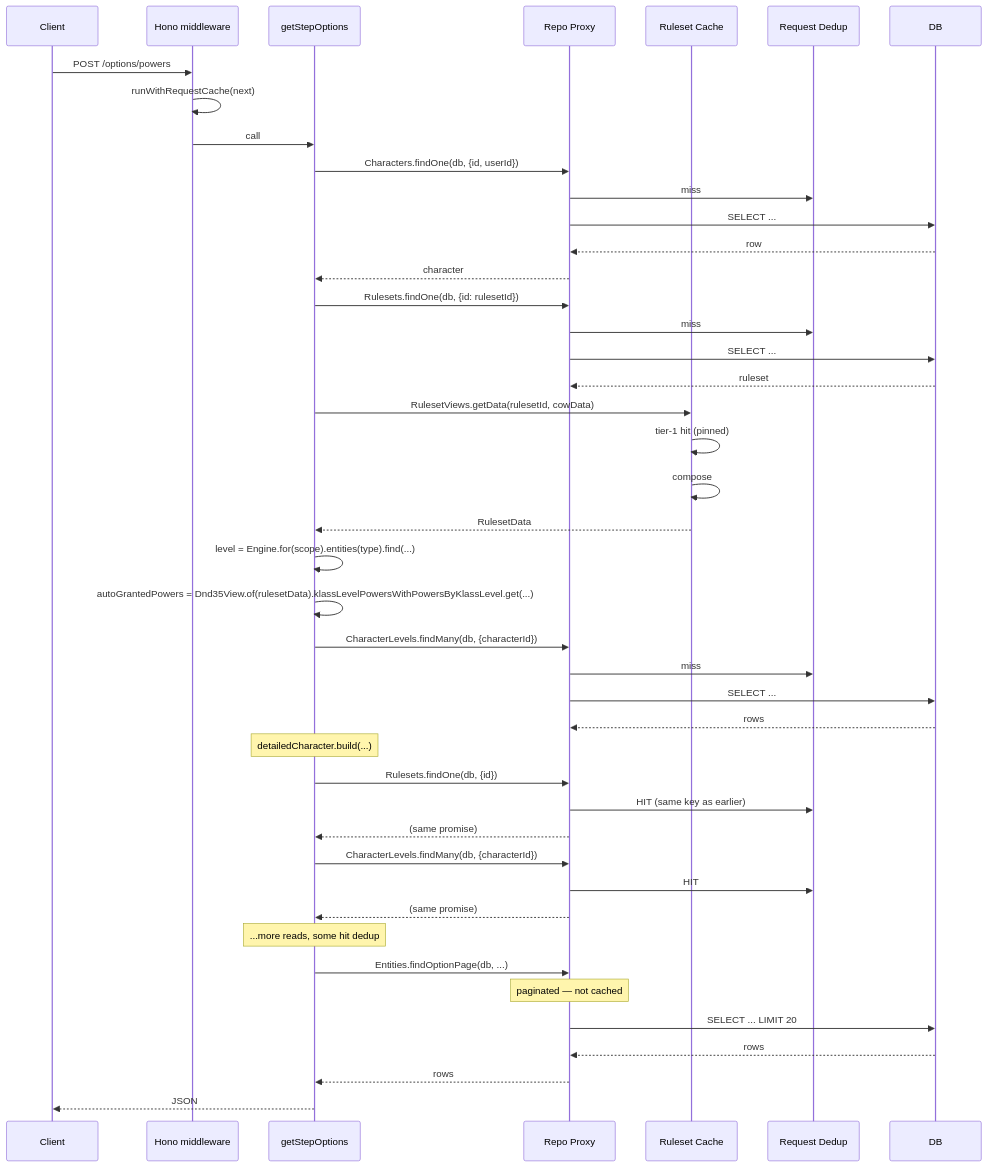
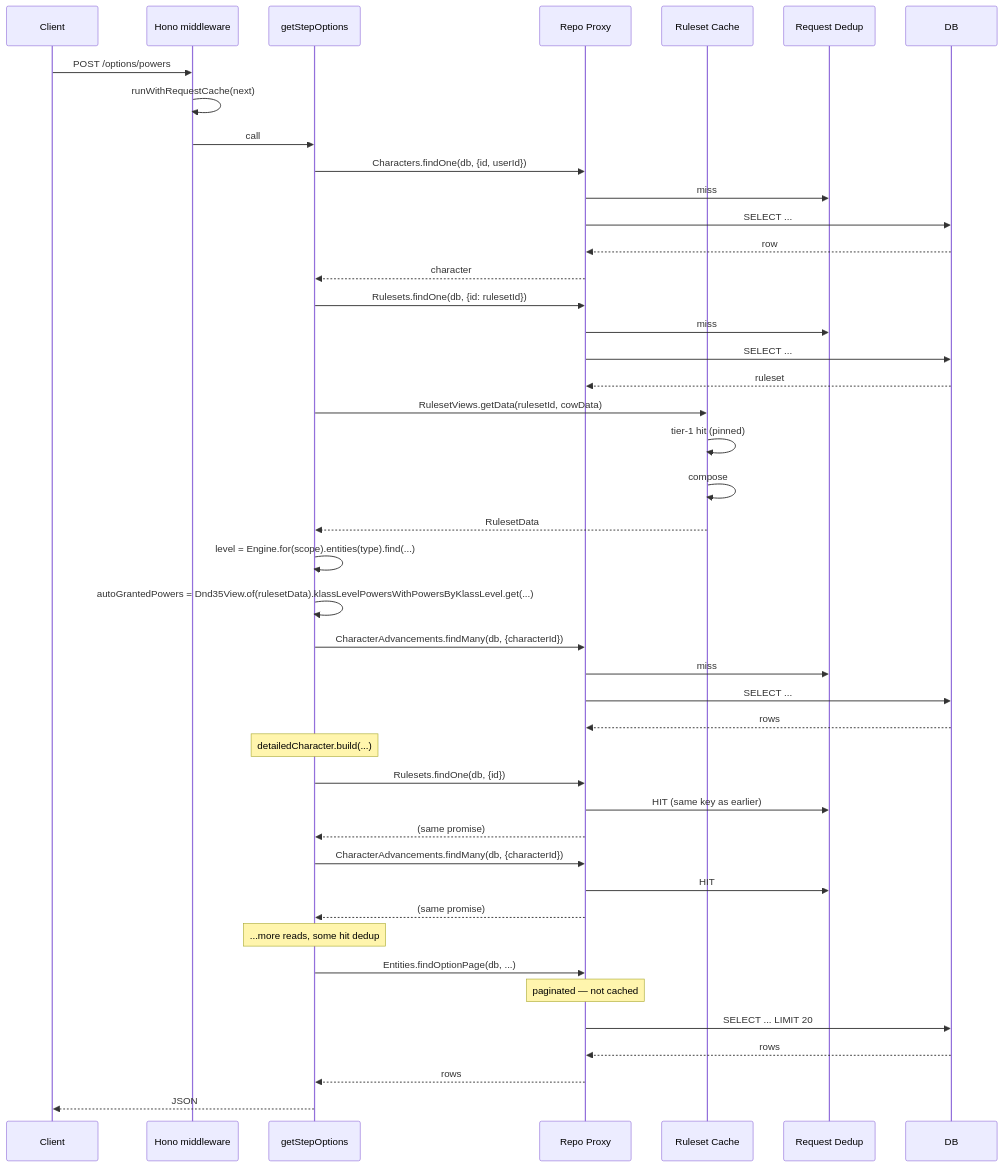
One commit to PhilippeChab/arkyvree changed the seventh of 7 diagrams in docs/caching.md. Above: the diagram before and after it, drawn with Mermaid. The commit also changed 27 other files, not shown here.

Commit message:
Server: a character's levels are its advancements (CharacterAdvancements), each its module's declared row

````diff
--- a/docs/caching.md
+++ b/docs/caching.md
@@ -392,55 +392,55 @@
 ```mermaid
 sequenceDiagram
     participant Client
     participant Middle as Hono middleware
     participant Svc as getStepOptions
     participant Repo as Repo Proxy
     participant RS as Ruleset Cache
     participant Dedup as Request Dedup
     participant DB
 
     Client->>Middle: POST /options/powers
     Middle->>Middle: runWithRequestCache(next)
     Middle->>Svc: call
     Svc->>Repo: Characters.findOne(db, {id, userId})
     Repo->>Dedup: miss
     Repo->>DB: SELECT ...
     DB-->>Repo: row
     Repo-->>Svc: character
 
     Svc->>Repo: Rulesets.findOne(db, {id: rulesetId})
     Repo->>Dedup: miss
     Repo->>DB: SELECT ...
     DB-->>Repo: ruleset
 
     Svc->>RS: RulesetViews.getData(rulesetId, cowData)
     RS->>RS: tier-1 hit (pinned)
     RS->>RS: compose
     RS-->>Svc: RulesetData
 
     Svc->>Svc: level = Engine.for(scope).entities(type).find(...)
     Svc->>Svc: autoGrantedPowers = Dnd35View.of(rulesetData).klassLevelPowersWithPowersByKlassLevel.get(...)
 
-    Svc->>Repo: CharacterLevels.findMany(db, {characterId})
+    Svc->>Repo: CharacterAdvancements.findMany(db, {characterId})
     Repo->>Dedup: miss
     Repo->>DB: SELECT ...
     DB-->>Repo: rows
 
     Note over Svc: detailedCharacter.build(...)
     Svc->>Repo: Rulesets.findOne(db, {id})
     Repo->>Dedup: HIT (same key as earlier)
     Repo-->>Svc: (same promise)
 
-    Svc->>Repo: CharacterLevels.findMany(db, {characterId})
+    Svc->>Repo: CharacterAdvancements.findMany(db, {characterId})
     Repo->>Dedup: HIT
     Repo-->>Svc: (same promise)
 
     Note over Svc: ...more reads, some hit dedup
 
     Svc->>Repo: Entities.findOptionPage(db, ...)
     Note over Repo: paginated — not cached
     Repo->>DB: SELECT ... LIMIT 20
     DB-->>Repo: rows
     Repo-->>Svc: rows
     Svc-->>Client: JSON
 ```
````
